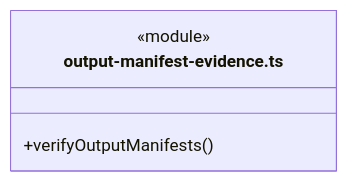
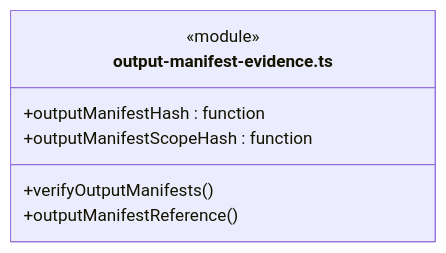
Before and after one commit to nan023062/cbim: diagram 13 of 46 in src/logic/evidence/rules/ARCHITECTURE.md, drawn with Mermaid. The commit also changed other lines of this file and 137 other files, not shown here.

Commit message:
fix: align architecture generator with documentation standards

````diff
--- a/src/logic/evidence/rules/ARCHITECTURE.md
+++ b/src/logic/evidence/rules/ARCHITECTURE.md
@@ -353,7 +365,10 @@
 ```mermaid
 classDiagram
 class N_src_logic_evidence_rules_output_manifest_evidence_ts["output-manifest-evidence.ts"] {
   <<module>>
   +verifyOutputManifests()
+  +outputManifestHash : function
+  +outputManifestScopeHash : function
+  +outputManifestReference()
 }
 ```
````
